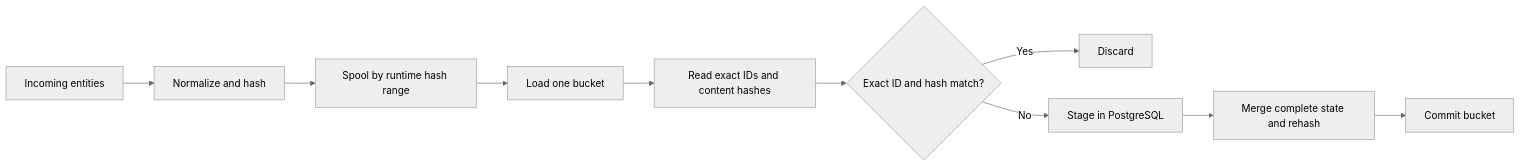
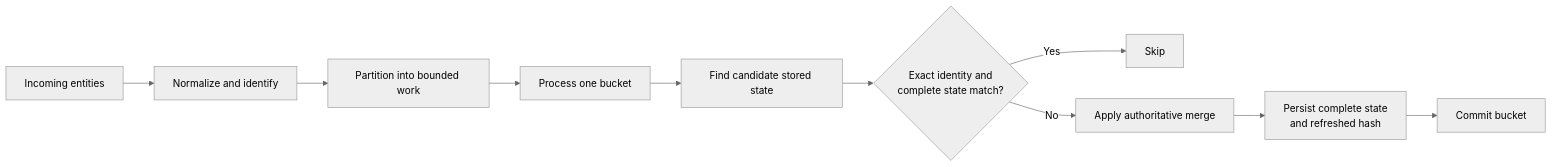
One commit to SpecterOps/DAWGS changed the diagram in docs/postgresql_ingest_architecture.md. Above: the diagram before and after it, drawn with Mermaid (neutral theme). The commit also changed other lines of this file and 1 other file, not shown here.

````diff
--- a/docs/postgresql_ingest_architecture.md
+++ b/docs/postgresql_ingest_architecture.md
@@ -63,12 +113,12 @@
 ```mermaid
 flowchart LR
-    A[Incoming entities] --> B[Normalize and hash]
-    B --> C[Spool by runtime hash range]
-    C --> D[Load one bucket]
-    D --> E[Read exact IDs and content hashes]
-    E --> F{Exact ID and hash match?}
-    F -- Yes --> G[Discard]
-    F -- No --> H[Stage in PostgreSQL]
-    H --> I[Merge complete state and rehash]
+    A[Incoming entities] --> B[Normalize and identify]
+    B --> C[Partition into bounded work]
+    C --> D[Process one bucket]
+    D --> E[Find candidate stored state]
+    E --> F{Exact identity and\ncomplete state match?}
+    F -- Yes --> G[Skip]
+    F -- No --> H[Apply authoritative merge]
+    H --> I[Persist complete state\nand refreshed hash]
     I --> J[Commit bucket]
 ```
````
